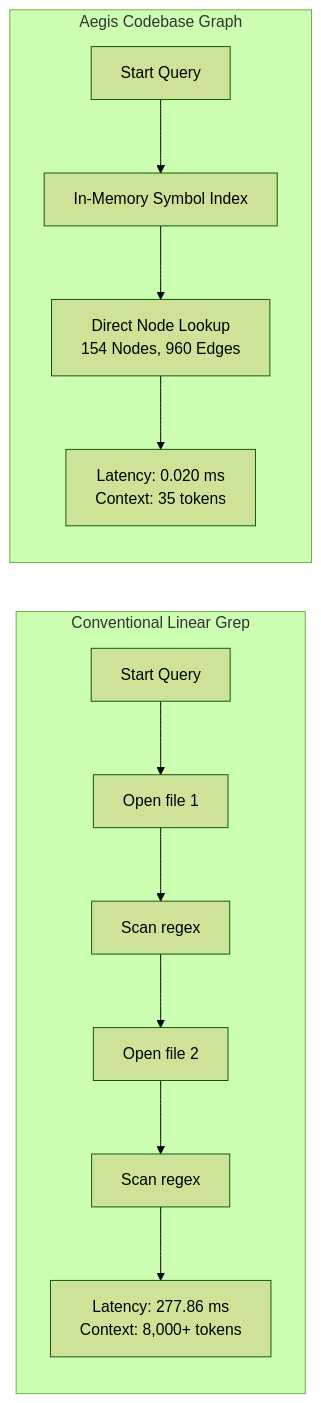
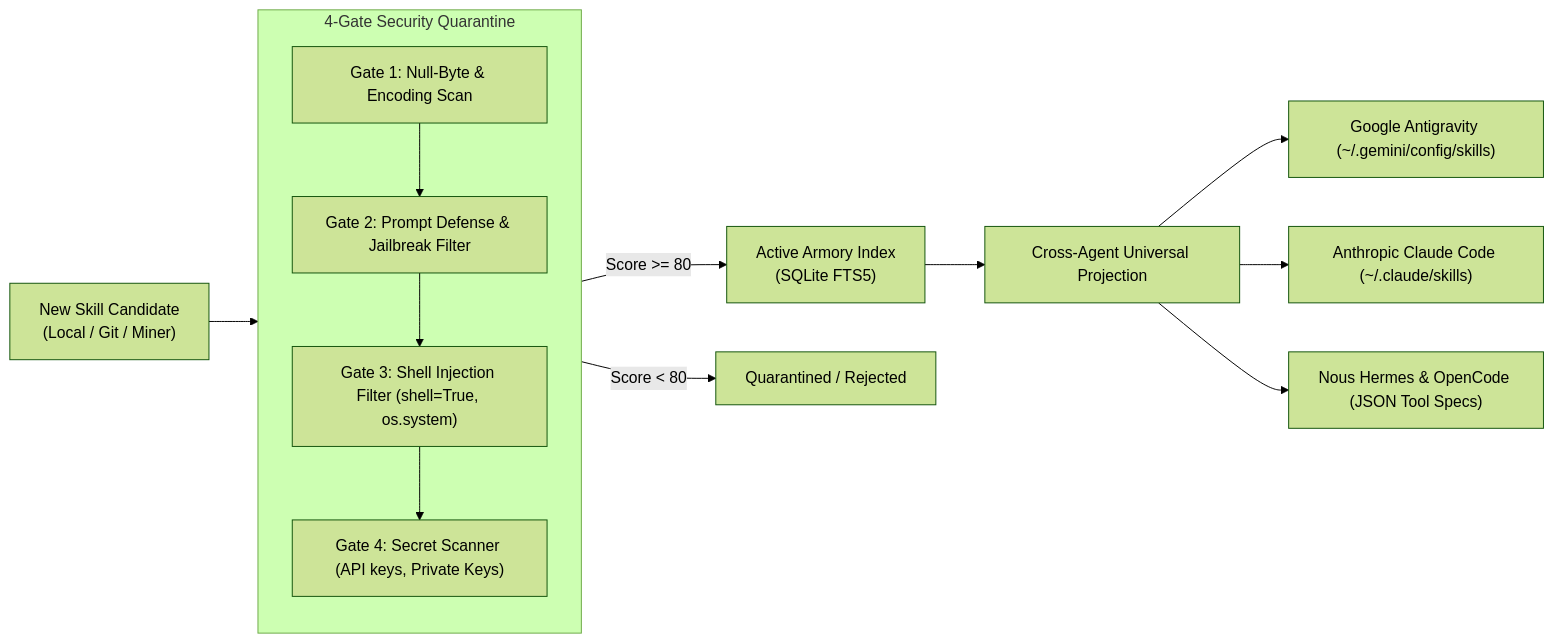
The second of 3 diagrams in README.md (PG300604/aegis-brain), drawn with Mermaid (forest theme) before and after one commit. The commit also changed other lines of this file, not shown here.

Commit message:
docs(v0.2.0): complete README revamp showcasing Jev Decision Engine, Global Skill Armory, Unslop-Master, and Neural Network 15-Slide benchmark metrics

````diff
--- a/README.md
+++ b/README.md
@@ -272,16 +108,18 @@
 ```mermaid
 flowchart LR
-    subgraph DiskGrep ["Conventional Linear Grep"]
+    subgraph Quarantine ["4-Gate Security Quarantine"]
         direction TB
-        G1["Start Query"] --> G2["Open file 1"] --> G3["Scan regex"]
-        G3 --> G4["Open file 2"] --> G5["Scan regex"]
-        G5 --> G6["Latency: 277.86 ms<br/>Context: 8,000+ tokens"]
+        G1["Gate 1: Null-Byte & Encoding Scan"] --> G2["Gate 2: Prompt Defense & Jailbreak Filter"]
+        G2 --> G3["Gate 3: Shell Injection Filter (shell=True, os.system)"]
+        G3 --> G4["Gate 4: Secret Scanner (API keys, Private Keys)"]
     end
 
-    subgraph ASTGraph ["Aegis Codebase Graph"]
-        direction TB
-        A1["Start Query"] --> A2["In-Memory Symbol Index"]
-        A2 --> A3["Direct Node Lookup<br/>154 Nodes, 960 Edges"]
-        A3 --> A4["Latency: 0.020 ms<br/>Context: 35 tokens"]
-    end
+    NewSkill["New Skill Candidate<br/>(Local / Git / Miner)"] --> Quarantine
+    Quarantine -->|Score >= 80| ArmoryDB["Active Armory Index<br/>(SQLite FTS5)"]
+    Quarantine -->|Score < 80| Rejected["Quarantined / Rejected"]
+
+    ArmoryDB --> Proj["Cross-Agent Universal Projection"]
+    Proj --> A1["Google Antigravity (~/.gemini/config/skills)"]
+    Proj --> A2["Anthropic Claude Code (~/.claude/skills)"]
+    Proj --> A3["Nous Hermes & OpenCode (JSON Tool Specs)"]
 ```
````
